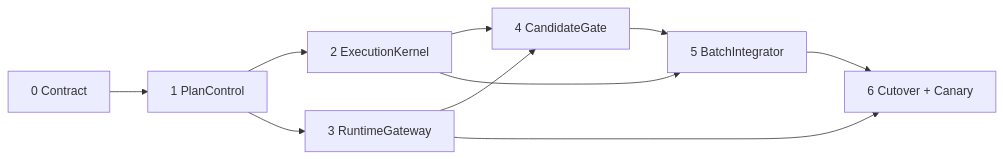
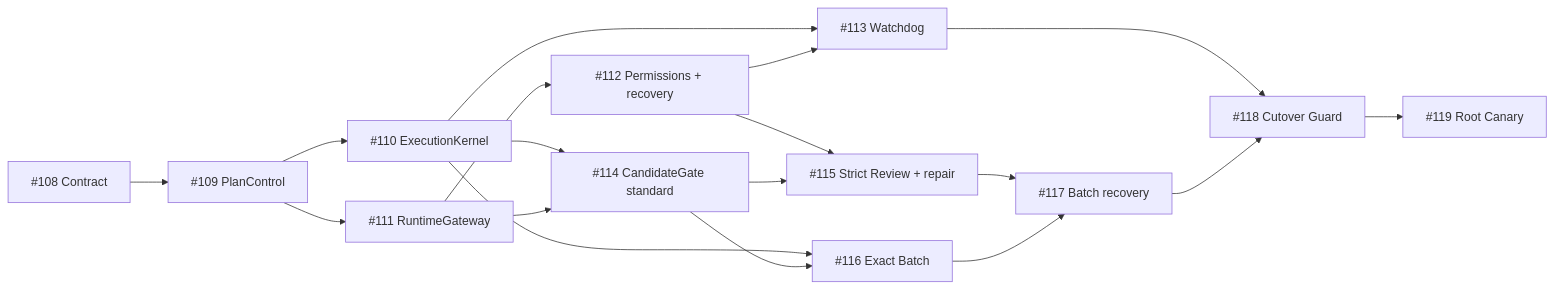
The diagram in docs/design/gwo-v8-lean-roadmap.md (NOirBRight/github-work-orchestrator), drawn with Mermaid before and after one commit. The commit also changed other lines of this file and 44 other files, not shown here.

Commit message:
repair V8 lean contract consistency (#108)

````diff
--- a/docs/design/gwo-v8-lean-roadmap.md
+++ b/docs/design/gwo-v8-lean-roadmap.md
@@ -263,12 +57,20 @@
 ```mermaid
 flowchart LR
-    D0["0 Contract"] --> D1["1 PlanControl"]
-    D1 --> D2["2 ExecutionKernel"]
-    D1 --> D3["3 RuntimeGateway"]
-    D2 --> D4["4 CandidateGate"]
-    D3 --> D4
-    D2 --> D5["5 BatchIntegrator"]
-    D4 --> D5
-    D3 --> D6["6 Cutover + Canary"]
-    D5 --> D6
+    T108["#108 Contract"] --> T109["#109 PlanControl"]
+    T109 --> T110["#110 ExecutionKernel"]
+    T109 --> T111["#111 RuntimeGateway"]
+    T111 --> T112["#112 Permissions + recovery"]
+    T110 --> T113["#113 Watchdog"]
+    T112 --> T113
+    T110 --> T114["#114 CandidateGate standard"]
+    T111 --> T114
+    T112 --> T115["#115 Strict Review + repair"]
+    T114 --> T115
+    T110 --> T116["#116 Exact Batch"]
+    T114 --> T116
+    T115 --> T117["#117 Batch recovery"]
+    T116 --> T117
+    T113 --> T118["#118 Cutover Guard"]
+    T117 --> T118
+    T118 --> T119["#119 Root Canary"]
 ```
````
